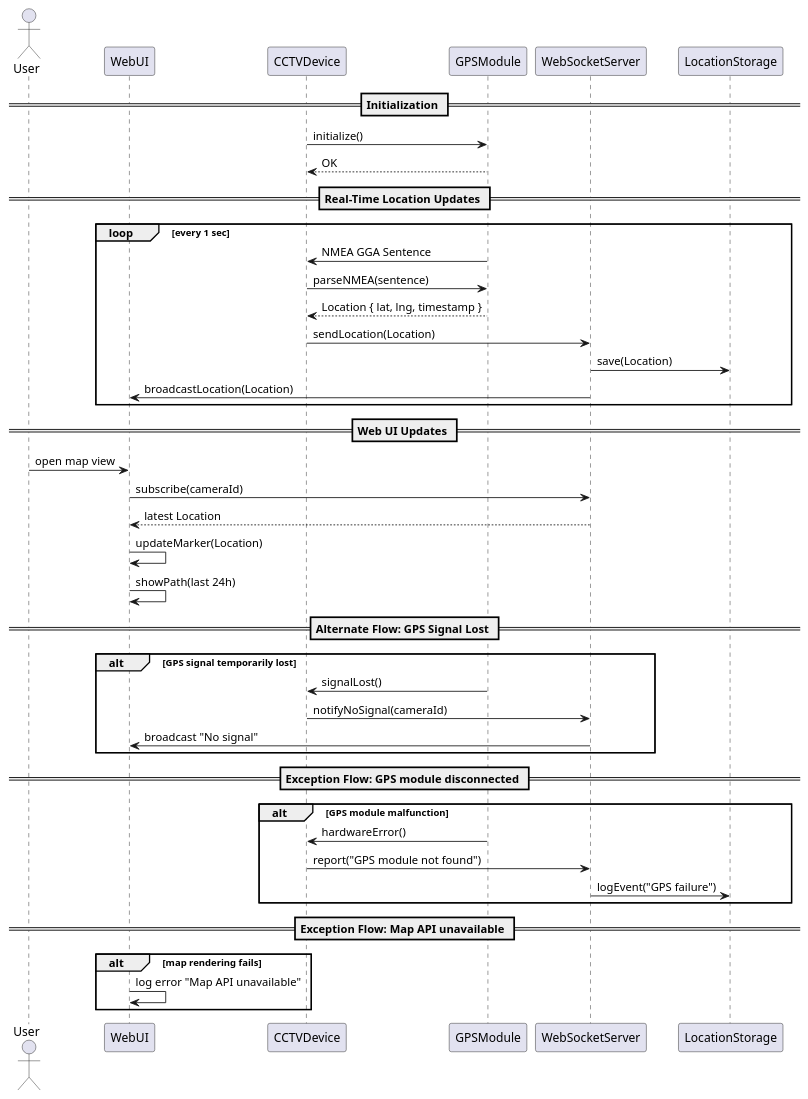
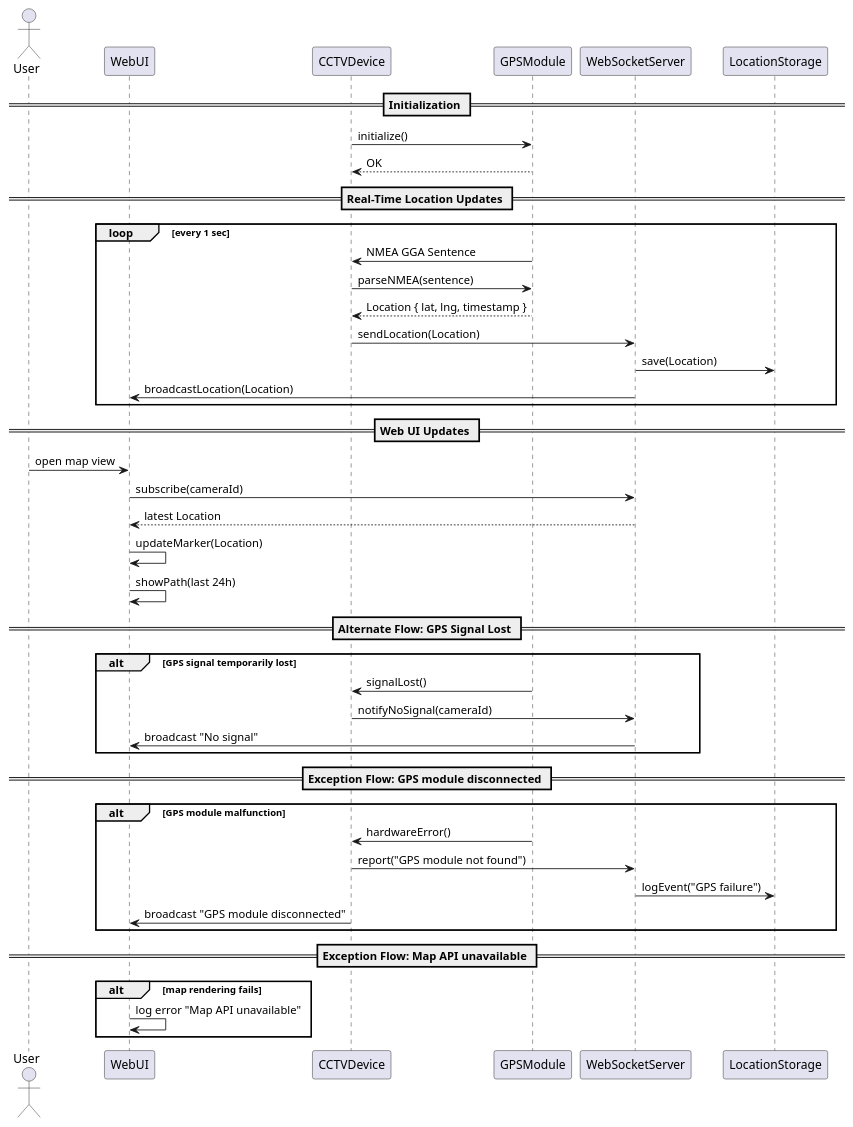
The diagram in 3.2.5_gps_geofence_alarm_flow.plantuml (KnightChaser/opencctv-plantuml-storage), drawn with PlantUML before and after one commit.

Commit message:
Update 3.2.5_gps_geofence_alarm_flow.plantuml
- Added user-side feedback at the exception flow when a GPS module gets disconnected.

```diff
--- a/3.2.5_gps_geofence_alarm_flow.plantuml
+++ b/3.2.5_gps_geofence_alarm_flow.plantuml
@@ -1,51 +1,52 @@
 @startuml
 ' 3.2.5_gps_geofence_alarm_flow.plantuml
 
 actor User
 participant WebUI
 participant CCTVDevice
 participant GPSModule
 participant WebSocketServer
 participant LocationStorage
 
 == Initialization ==
 CCTVDevice -> GPSModule: initialize()
 GPSModule --> CCTVDevice: OK
 
 == Real-Time Location Updates ==
 loop every 1 sec
   GPSModule -> CCTVDevice: NMEA GGA Sentence
   CCTVDevice -> GPSModule: parseNMEA(sentence)
   GPSModule --> CCTVDevice: Location { lat, lng, timestamp }
   CCTVDevice -> WebSocketServer: sendLocation(Location)
   WebSocketServer -> LocationStorage: save(Location)
   WebSocketServer -> WebUI: broadcastLocation(Location)
 end
 
 == Web UI Updates ==
 User -> WebUI: open map view
 WebUI -> WebSocketServer: subscribe(cameraId)
 WebSocketServer --> WebUI: latest Location
 WebUI -> WebUI: updateMarker(Location)
 WebUI -> WebUI: showPath(last 24h)
 
 == Alternate Flow: GPS Signal Lost ==
 alt GPS signal temporarily lost
   GPSModule -> CCTVDevice: signalLost()
   CCTVDevice -> WebSocketServer: notifyNoSignal(cameraId)
   WebSocketServer -> WebUI: broadcast "No signal"
 end
 
 == Exception Flow: GPS module disconnected ==
 alt GPS module malfunction
   GPSModule -> CCTVDevice: hardwareError()
   CCTVDevice -> WebSocketServer: report("GPS module not found")
   WebSocketServer -> LocationStorage: logEvent("GPS failure")
+  CCTVDevice -> WebUI: broadcast "GPS module disconnected"
 end
 
 == Exception Flow: Map API unavailable ==
 alt map rendering fails
   WebUI -> WebUI: log error "Map API unavailable"
 end
 
 @enduml
```
